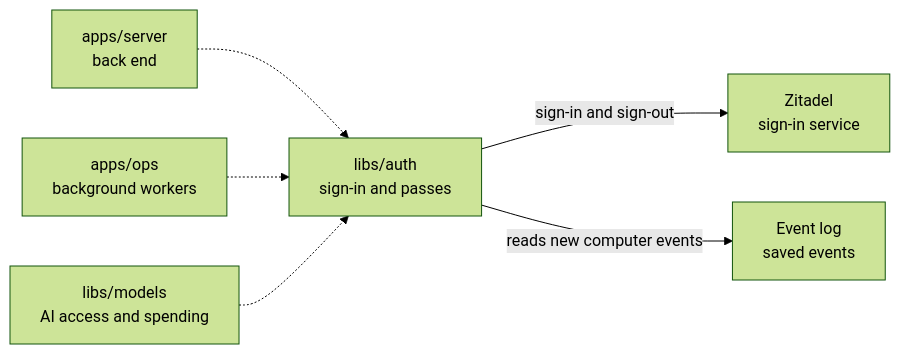
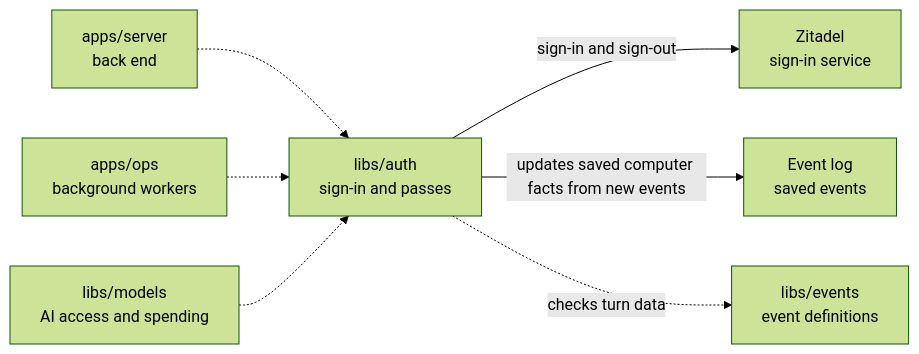
The diagram in libs/auth/README.md (elewa-git/opencrane-new), drawn with Mermaid (forest theme) before and after one commit. The commit also changed other lines of this file and 29 other files, not shown here.

````diff
--- a/libs/auth/README.md
+++ b/libs/auth/README.md
@@ -11,8 +11,9 @@
 ```mermaid
 flowchart LR
   server["apps/server<br/>back end"] -.-> auth["libs/auth<br/>sign-in and passes"]
   ops["apps/ops<br/>background workers"] -.-> auth
   models["libs/models<br/>AI access and spending"] -.-> auth
   auth -->|sign-in and sign-out| zitadel["Zitadel<br/>sign-in service"]
-  auth -->|reads new computer events| events["Event log<br/>saved events"]
+  auth -->|updates saved computer facts from new events| events["Event log<br/>saved events"]
+  auth -.->|checks turn data| catalogue["libs/events<br/>event definitions"]
 ```
````
